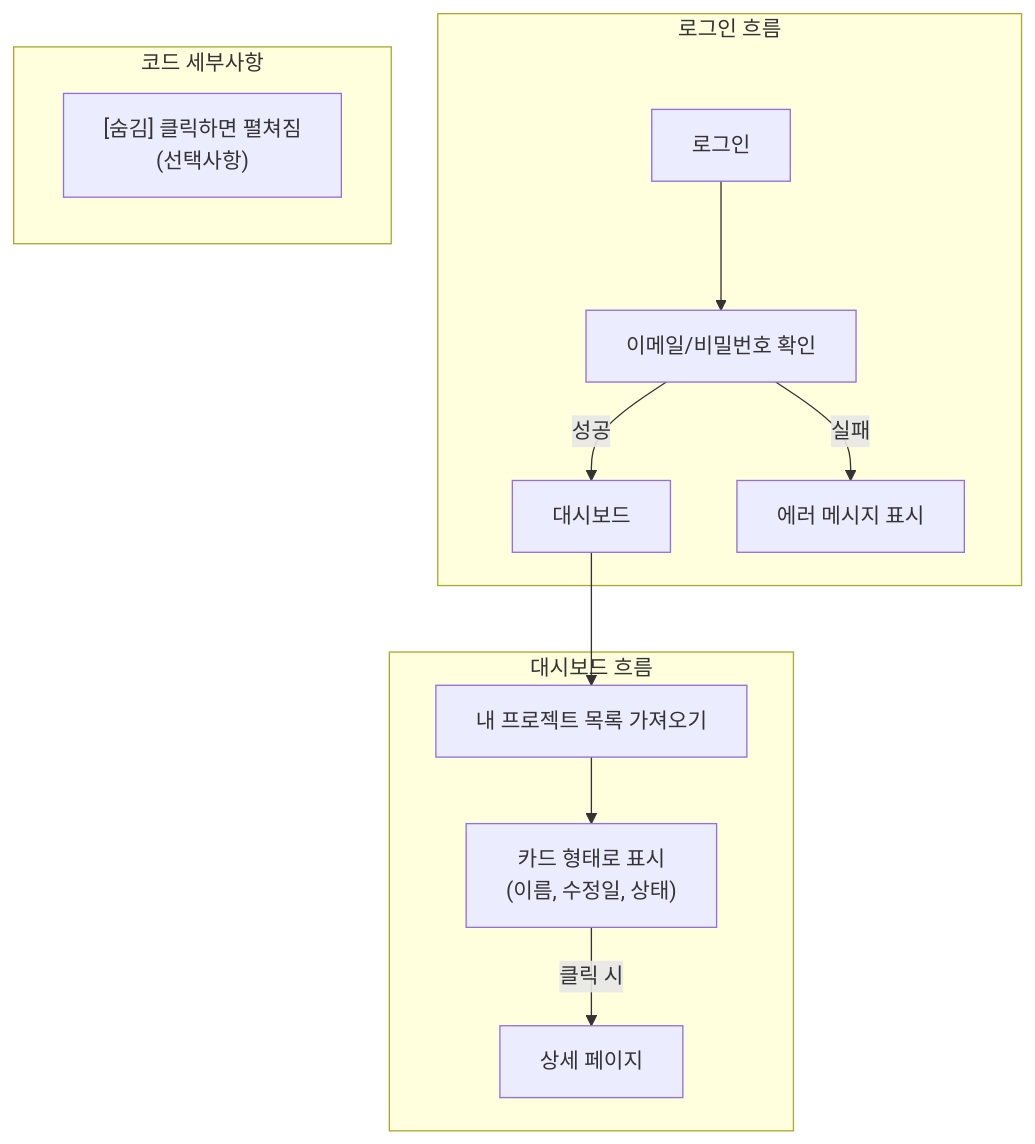
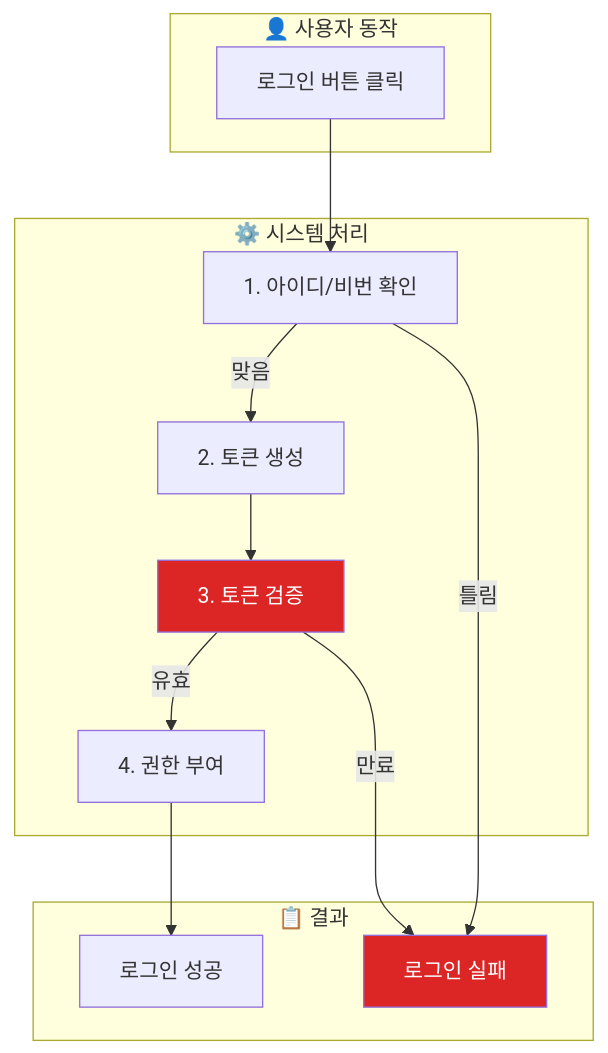
Before and after one commit to garimto81/project_master: the seventh of 19 diagrams in tasks/prds/0005-prd-devflow-ai-collaboration.md, drawn with Mermaid. The commit also changed other lines of this file and 26 other files, not shown here.

````diff
--- a/tasks/prds/0005-prd-devflow-ai-collaboration.md
+++ b/tasks/prds/0005-prd-devflow-ai-collaboration.md
@@ -343,23 +922,29 @@
 ```mermaid
 flowchart TB
-    subgraph LOGIN_FLOW["로그인 흐름"]
-        LOGIN["로그인"]
-        CHECK["이메일/비밀번호 확인"]
-        LOGIN --> CHECK
-        CHECK -->|성공| DASHBOARD
-        CHECK -->|실패| ERROR["에러 메시지 표시"]
+    subgraph 사용자동작["👤 사용자 동작"]
+        A1["로그인 버튼 클릭"]
     end
 
-    subgraph DASHBOARD_FLOW["대시보드 흐름"]
-        DASHBOARD["대시보드"]
-        FETCH["내 프로젝트 목록 가져오기"]
-        DISPLAY["카드 형태로 표시<br/>(이름, 수정일, 상태)"]
-        DASHBOARD --> FETCH --> DISPLAY
-        DISPLAY -->|클릭 시| DETAIL["상세 페이지"]
+    subgraph 시스템처리["⚙️ 시스템 처리"]
+        B1["1. 아이디/비번 확인"]
+        B2["2. 토큰 생성"]
+        B3["3. 토큰 검증"]
+        B4["4. 권한 부여"]
     end
 
-    subgraph HIDDEN["코드 세부사항"]
-        CODE["[숨김] 클릭하면 펼쳐짐<br/>(선택사항)"]
+    subgraph 결과["📋 결과"]
+        C1["로그인 성공"]
+        C2["로그인 실패"]
     end
 
+    A1 --> B1
+    B1 -->|맞음| B2
+    B1 -->|틀림| C2
+    B2 --> B3
+    B3 -->|유효| B4
+    B3 -->|만료| C2
+    B4 --> C1
+
+    style B3 fill:#dc2626,color:#fff
+    style C2 fill:#dc2626,color:#fff
 ```
````
